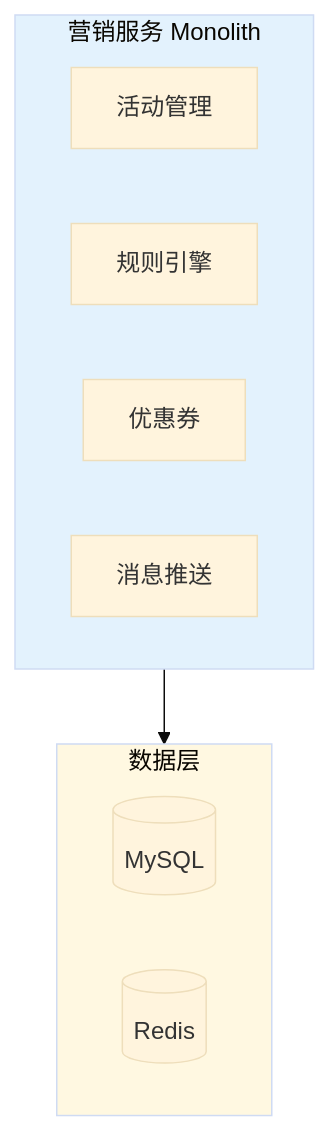
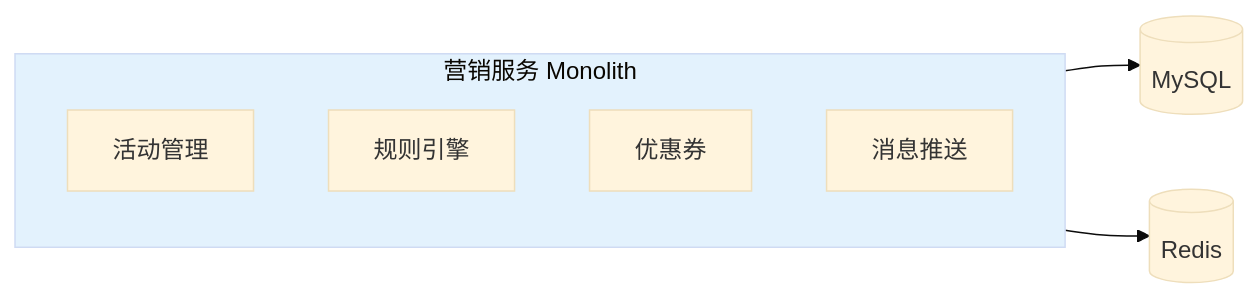
The fifth of 7 diagrams in system_design/marketing/marketing_system.md (zhangqian-silk/cs-note), drawn with Mermaid (base theme) before and after one commit. The commit also changed other lines of this file, not shown here.

Commit message:
docs: 优化 Mermaid 图表布局，改为横向布局

````diff
--- a/system_design/marketing/marketing_system.md
+++ b/system_design/marketing/marketing_system.md
@@ -518,19 +500,14 @@
 ```mermaid
-flowchart TB
+flowchart LR
     subgraph 营销服务[营销服务 Monolith]
         A1[活动管理]
         A2[规则引擎]
         A3[优惠券]
         A4[消息推送]
     end
     
-    subgraph 数据层[数据层]
-        D1[(MySQL)]
-        D2[(Redis)]
-    end
-    
-    营销服务 --> 数据层
+    营销服务 --> D1[(MySQL)]
+    营销服务 --> D2[(Redis)]
     
     style 营销服务 fill:#e3f2fd
-    style 数据层 fill:#fff8e1
 ```
````
